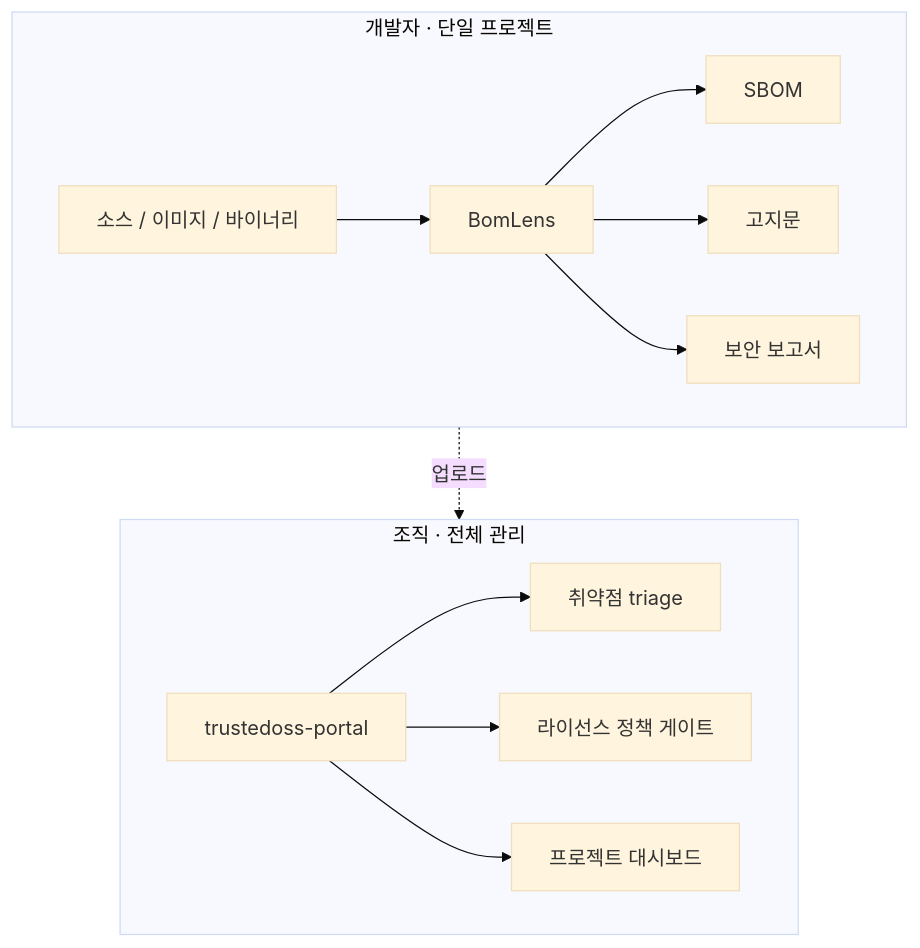
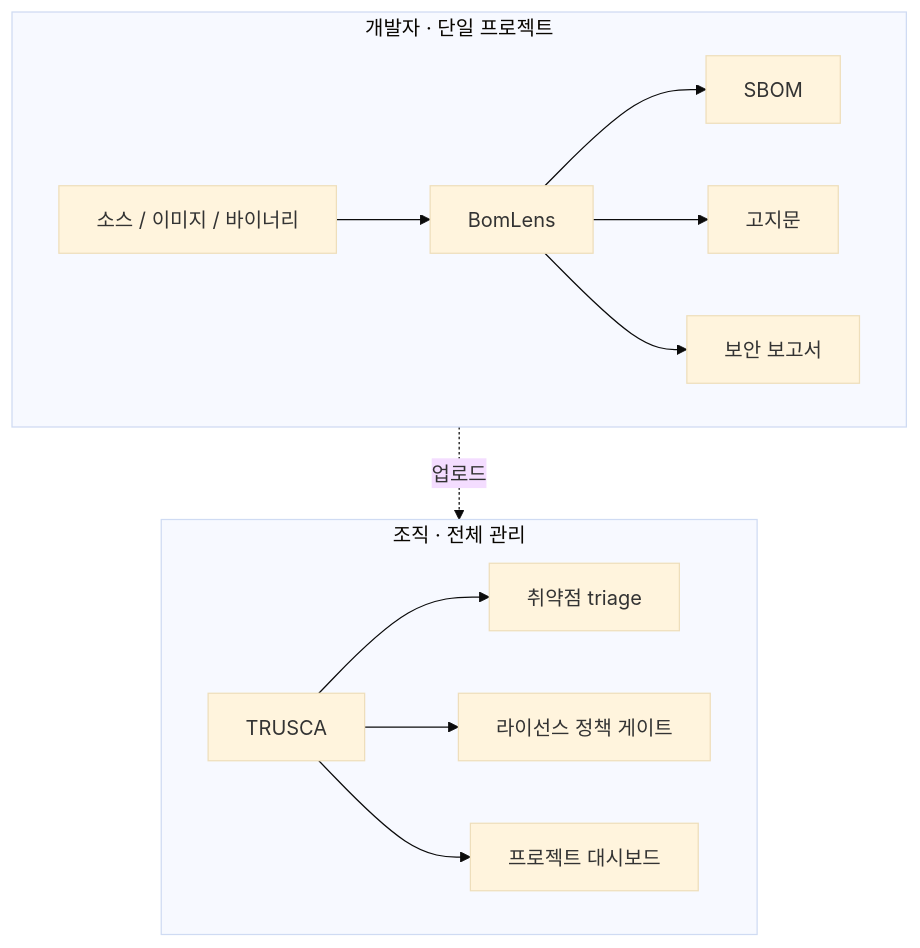
The sixth of 6 diagrams in docs/architecture.md (sktelecom/bomlens), drawn with Mermaid (base theme) before and after one commit. The commit also changed other lines of this file and 12 other files, not shown here.

First line of the commit message:
docs: rename trustedoss-portal to TRUSCA across docs and web UI comments

````diff
--- a/docs/architecture.md
+++ b/docs/architecture.md
@@ -368,17 +368,17 @@
 ```mermaid
 flowchart TB
     subgraph dev["개발자 · 단일 프로젝트"]
         direction LR
         A["소스 / 이미지 / 바이너리"] --> B["BomLens"]
         B --> C["SBOM"]
         B --> D["고지문"]
         B --> E["보안 보고서"]
     end
     subgraph org["조직 · 전체 관리"]
         direction LR
-        F["trustedoss-portal"] --> G["취약점 triage"]
+        F["TRUSCA"] --> G["취약점 triage"]
         F --> H["라이선스 정책 게이트"]
         F --> I["프로젝트 대시보드"]
     end
     C -. 업로드 .-> F
 ```
````
